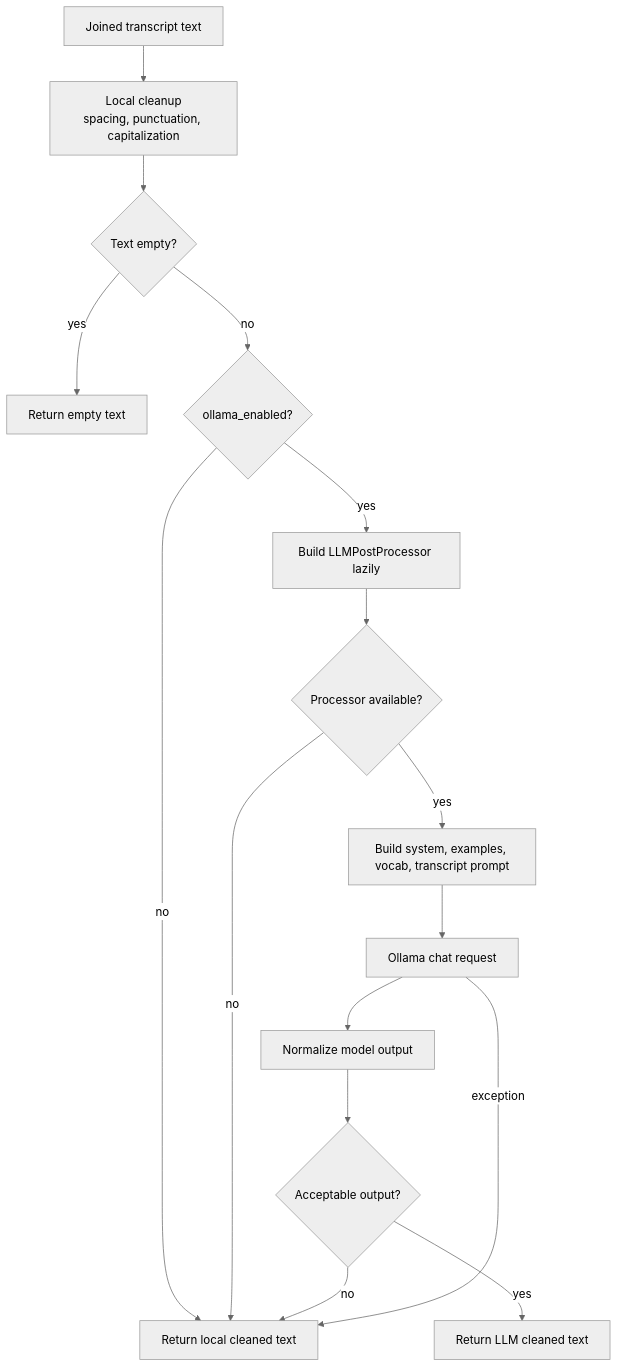
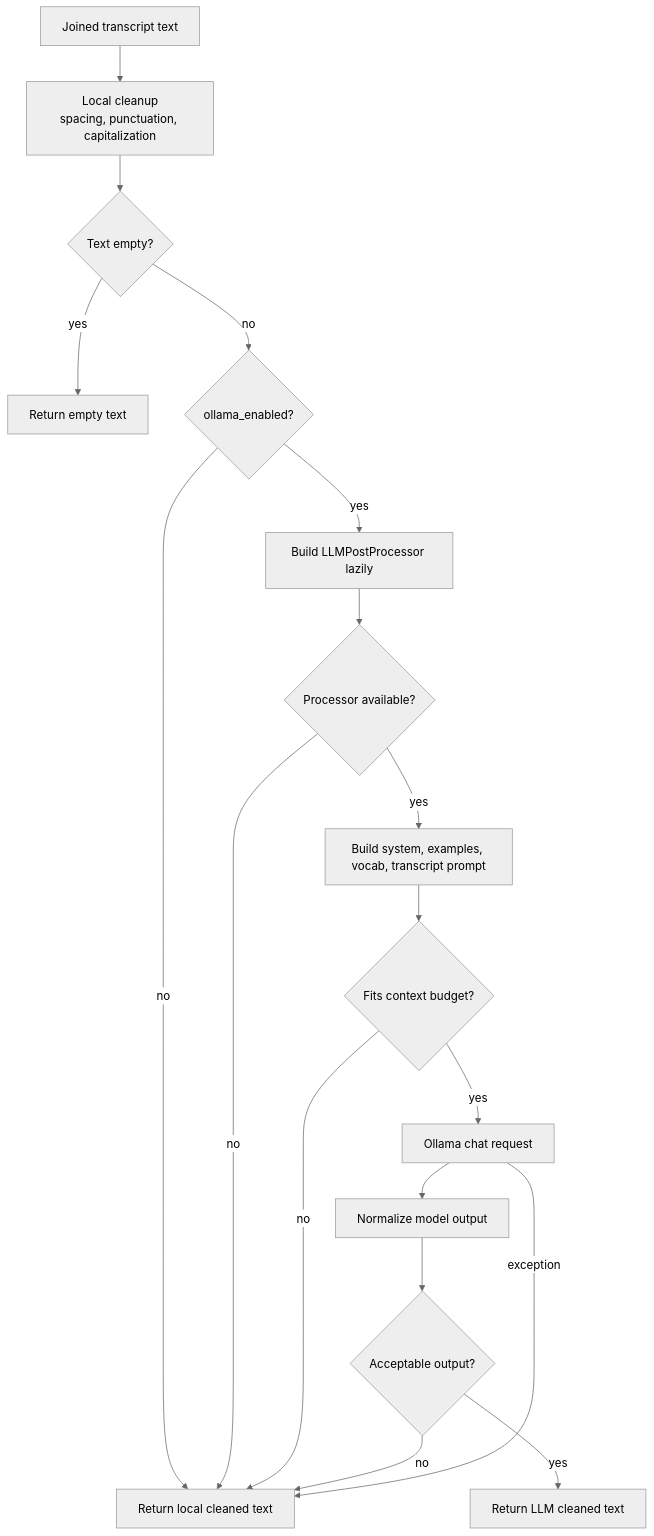
One commit to laceyp99/murmur changed the third of 3 diagrams in docs/transcription-and-cleanup.md. Above: the diagram before and after it, drawn with Mermaid (neutral theme). The commit also changed other lines of this file and 2 other files, not shown here.

````diff
--- a/docs/transcription-and-cleanup.md
+++ b/docs/transcription-and-cleanup.md
@@ -76,18 +87,20 @@
 ```mermaid
 flowchart TB
     RawText["Joined transcript text"] --> LocalCleanup["Local cleanup<br/>spacing, punctuation, capitalization"]
     LocalCleanup --> Empty{"Text empty?"}
     Empty -->|yes| ReturnEmpty["Return empty text"]
     Empty -->|no| Enabled{"ollama_enabled?"}
     Enabled -->|no| ReturnLocal["Return local cleaned text"]
     Enabled -->|yes| BuildProcessor["Build LLMPostProcessor lazily"]
     BuildProcessor --> Available{"Processor available?"}
     Available -->|no| ReturnLocal
     Available -->|yes| BuildMessages["Build system, examples, vocab, transcript prompt"]
-    BuildMessages --> Ollama["Ollama chat request"]
+    BuildMessages --> Budget{"Fits context budget?"}
+    Budget -->|no| ReturnLocal
+    Budget -->|yes| Ollama["Ollama chat request"]
     Ollama --> Normalize["Normalize model output"]
     Normalize --> Gate{"Acceptable output?"}
     Gate -->|yes| ReturnLLM["Return LLM cleaned text"]
     Gate -->|no| ReturnLocal
     Ollama -->|exception| ReturnLocal
 ```
````
